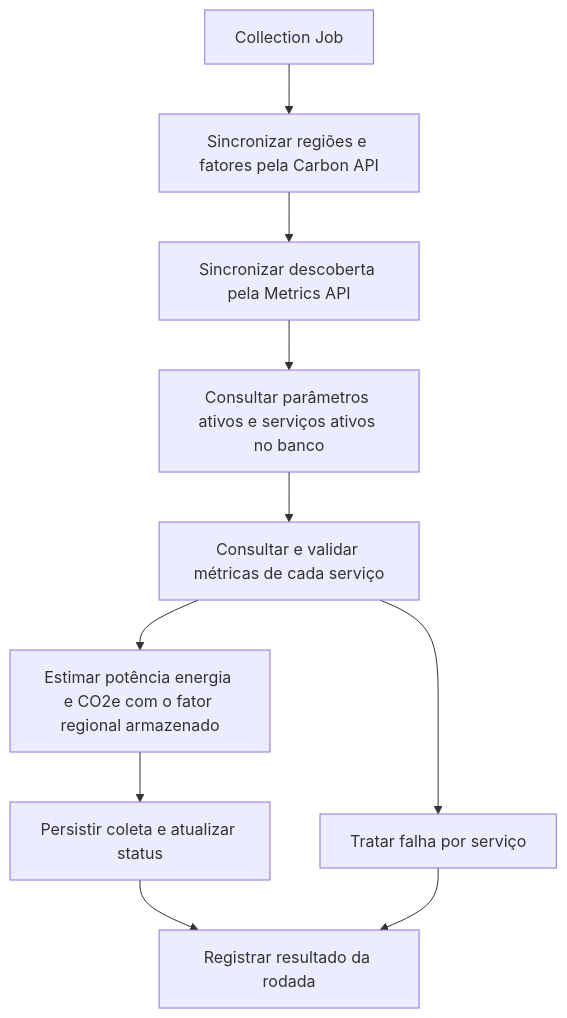
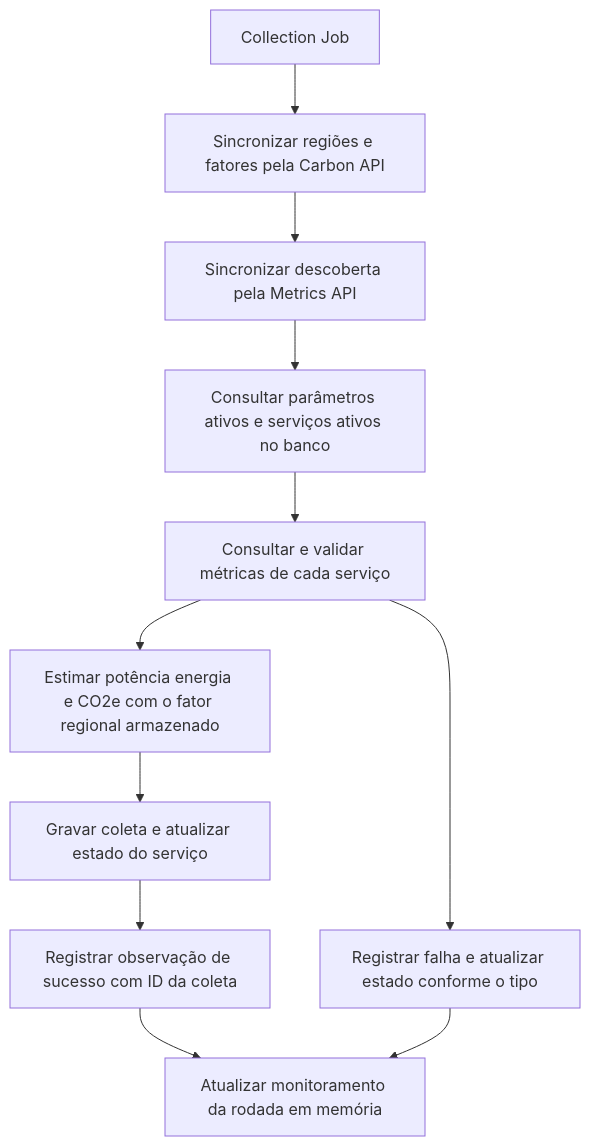
Before and after one commit to Team-Zero-DSM/GreenER: the seventh of 13 diagrams in backend/arquitetura.md, drawn with Mermaid. The commit also changed other lines of this file and 5 other files, not shown here.

````diff
--- a/backend/arquitetura.md
+++ b/backend/arquitetura.md
@@ -778,12 +700,13 @@
 ```mermaid
 flowchart TD
     J[Collection Job] --> R[Sincronizar regiões e fatores pela Carbon API]
     R --> S[Sincronizar descoberta pela Metrics API]
     S --> P[Consultar parâmetros ativos e serviços ativos no banco]
     P --> M[Consultar e validar métricas de cada serviço]
     M --> C[Estimar potência energia e CO2e com o fator regional armazenado]
-    C --> DB[Persistir coleta e atualizar status]
-    M --> E[Tratar falha por serviço]
-    DB --> F[Registrar resultado da rodada]
+    C --> DB[Gravar coleta e atualizar estado do serviço]
+    DB --> H[Registrar observação de sucesso com ID da coleta]
+    M --> E[Registrar falha e atualizar estado conforme o tipo]
+    H --> F[Atualizar monitoramento da rodada em memória]
     E --> F
 ```
````
